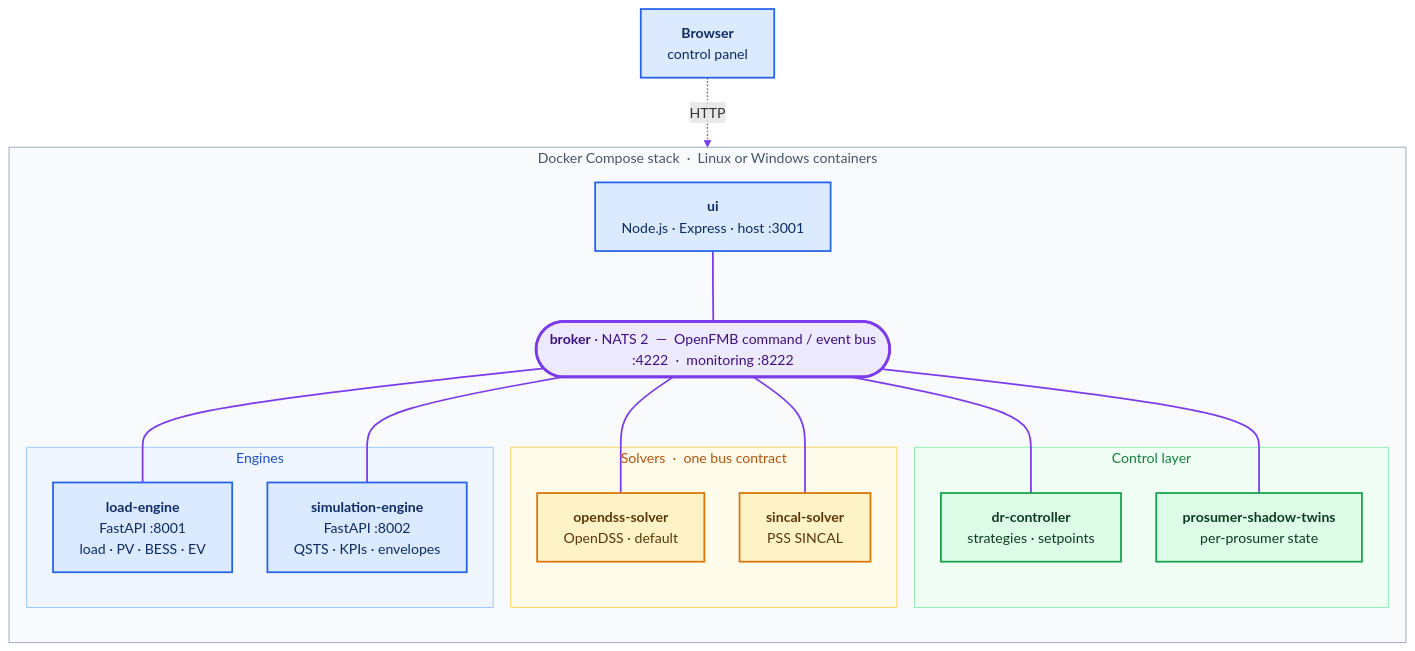
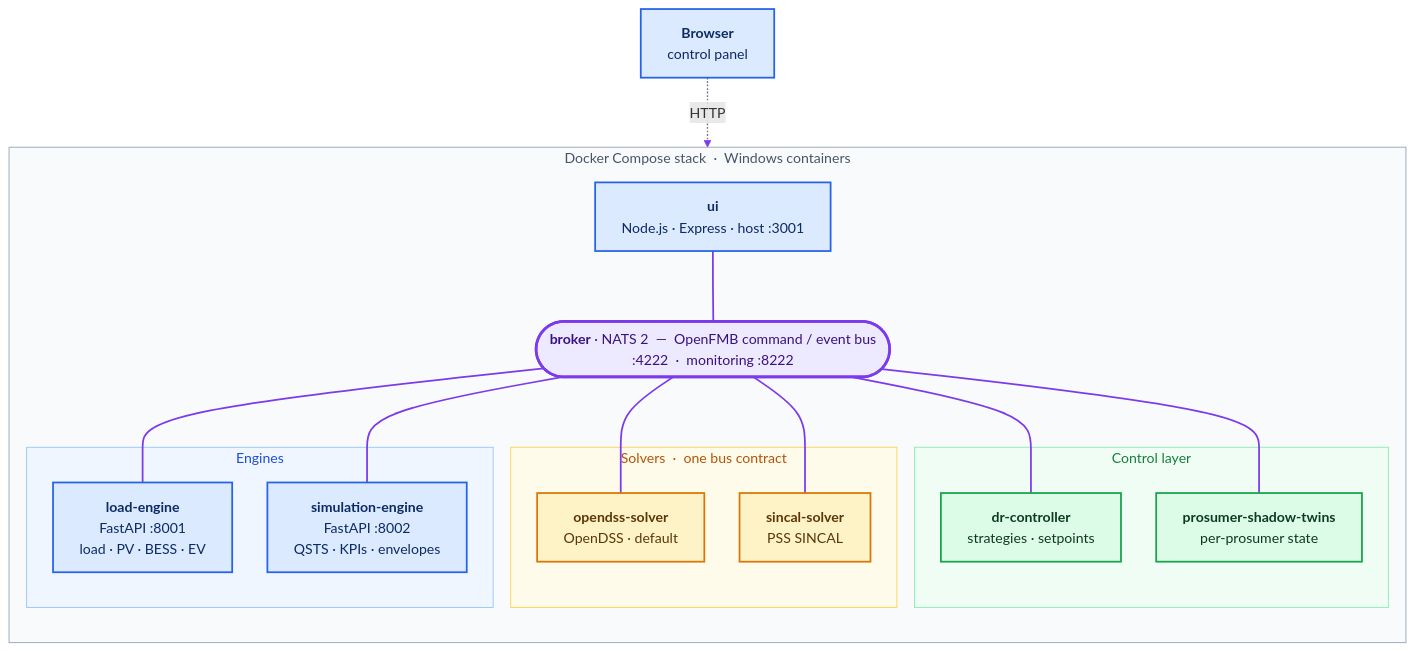
The first of 2 diagrams in README.md (YASHII-X46/Containerised-Digital-Twin-Platform-for-Evaluating-Network-Impacts-of-DER-Integration), drawn with Mermaid before and after one commit. The commit also changed other lines of this file and 39 other files, not shown here.

Commit message:
Drop the Linux deployment; single Windows compose on Python 3.12

````diff
--- a/README.md
+++ b/README.md
@@ -88,52 +89,52 @@
 ```mermaid
 %%{init: {"flowchart": {"curve": "basis", "wrappingWidth": 420, "nodeSpacing": 40, "rankSpacing": 55}} }%%
 flowchart TB
     B["<b>Browser</b><br/>control panel"]
 
-    subgraph stack["Docker Compose stack &nbsp;·&nbsp; Linux or Windows containers"]
+    subgraph stack["Docker Compose stack &nbsp;·&nbsp; Windows containers"]
         direction TB
         UI["<b>ui</b><br/>Node.js · Express · host :3001"]
         BUS(["<b>broker</b> · NATS 2 &nbsp;—&nbsp; OpenFMB command / event bus<br/>:4222 &nbsp;·&nbsp; monitoring :8222"])
 
         subgraph control["Control layer"]
             DR["<b>dr-controller</b><br/>strategies · setpoints"]
             TW["<b>prosumer-shadow-twins</b><br/>per-prosumer state"]
         end
 
         subgraph solvers["Solvers &nbsp;·&nbsp; one bus contract"]
             DSS["<b>opendss-solver</b><br/>OpenDSS · default"]
             SIN["<b>sincal-solver</b><br/>PSS SINCAL"]
         end
 
         subgraph engines["Engines"]
             LE["<b>load-engine</b><br/>FastAPI :8001<br/>load · PV · BESS · EV"]
             SE["<b>simulation-engine</b><br/>FastAPI :8002<br/>QSTS · KPIs · envelopes"]
         end
     end
 
     B -. "HTTP" .-> UI
     UI === BUS
     BUS === LE
     BUS === SE
     BUS === DSS
     BUS === SIN
     BUS === DR
     BUS === TW
 
     classDef edge fill:#dbeafe,stroke:#2563eb,stroke-width:2px,color:#0c2a63
     classDef solver fill:#fef3c7,stroke:#d97706,stroke-width:2px,color:#5b3608
     classDef ctrl fill:#dcfce7,stroke:#16a34a,stroke-width:2px,color:#0d3b1e
     classDef busnode fill:#ede9fe,stroke:#7c3aed,stroke-width:3px,color:#3b1080
     class B,UI,LE,SE edge
     class DSS,SIN solver
     class DR,TW ctrl
     class BUS busnode
 
     style stack fill:#f8fafc,stroke:#94a3b8,stroke-width:1px,color:#475569
     style engines fill:#eff6ff,stroke:#93c5fd,stroke-width:1px,color:#1d4ed8
     style solvers fill:#fffbeb,stroke:#fcd34d,stroke-width:1px,color:#b45309
     style control fill:#f0fdf4,stroke:#86efac,stroke-width:1px,color:#15803d
 
     linkStyle default stroke:#7c3aed,stroke-width:2px
     linkStyle 0 stroke:#64748b,stroke-width:1.5px
 ```
````
